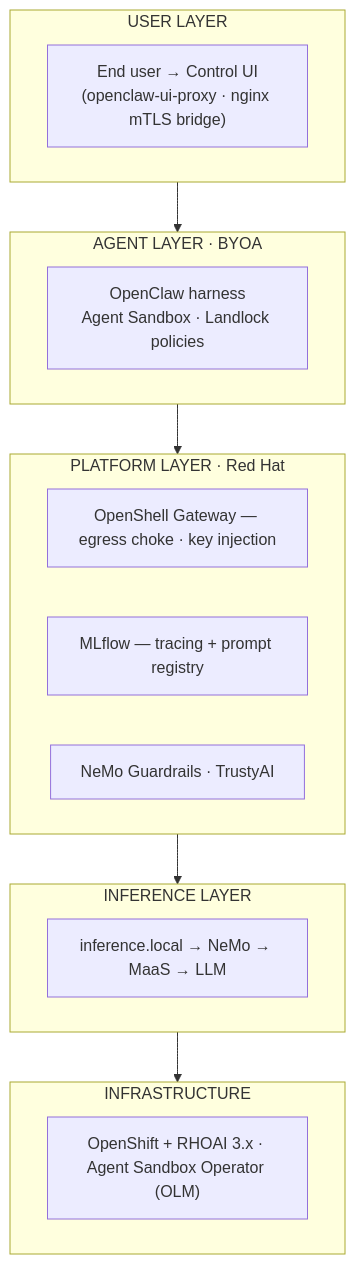
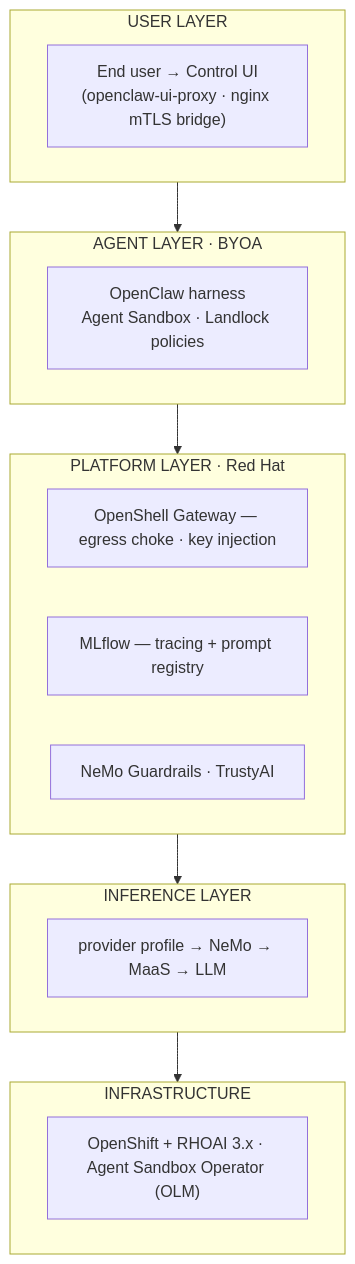
One commit to davidseve/agentops-showcase changed the diagram in README.md. Above: the diagram before and after it, drawn with Mermaid. The commit also changed other lines of this file and 22 other files, not shown here.

First line of the commit message:
docs: replace inference.local with OpenShell provider profiles

````diff
--- a/README.md
+++ b/README.md
@@ -19,26 +19,26 @@
 ```mermaid
 flowchart TB
   subgraph USER["USER LAYER"]
     UI["End user → Control UI<br/>(openclaw-ui-proxy · nginx mTLS bridge)"]
   end
 
   subgraph AGENT["AGENT LAYER · BYOA"]
     OC["OpenClaw harness<br/>Agent Sandbox · Landlock policies"]
   end
 
   subgraph PLATFORM["PLATFORM LAYER · Red Hat"]
     GW["OpenShell Gateway — egress choke · key injection"]
     ML["MLflow — tracing + prompt registry"]
     NG["NeMo Guardrails · TrustyAI"]
   end
 
   subgraph INFERENCE["INFERENCE LAYER"]
-    IR["inference.local → NeMo → MaaS → LLM"]
+    IR["provider profile → NeMo → MaaS → LLM"]
   end
 
   subgraph INFRA["INFRASTRUCTURE"]
     OCP["OpenShift + RHOAI 3.x · Agent Sandbox Operator (OLM)"]
   end
 
   USER --> AGENT --> PLATFORM --> INFERENCE --> INFRA
 ```
````
